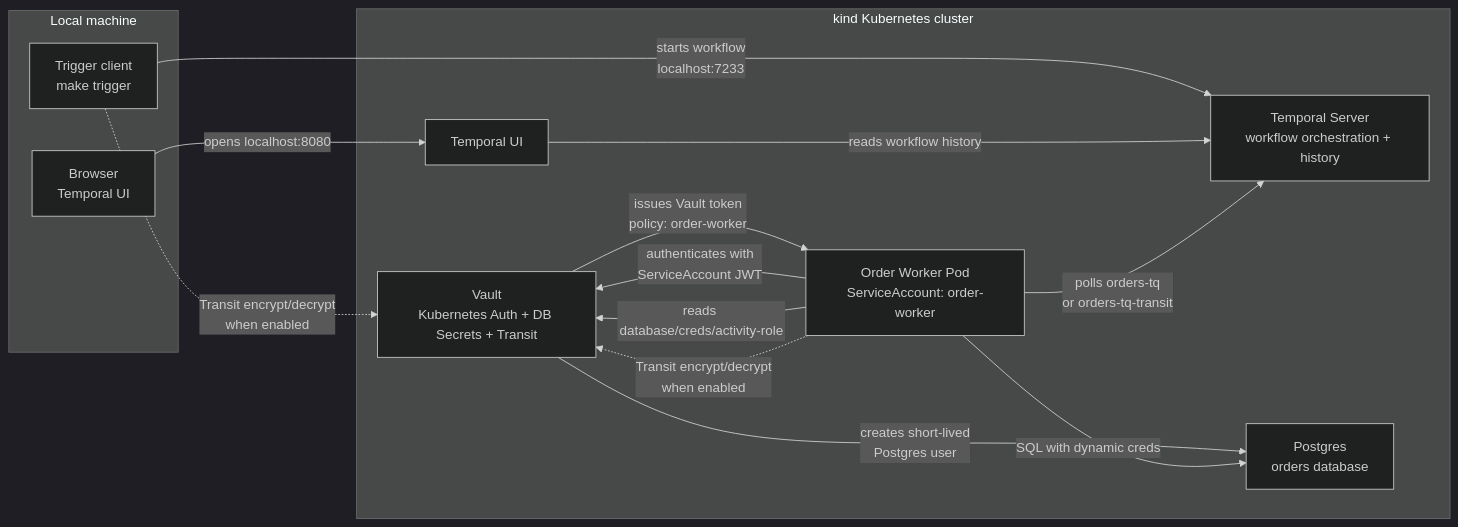
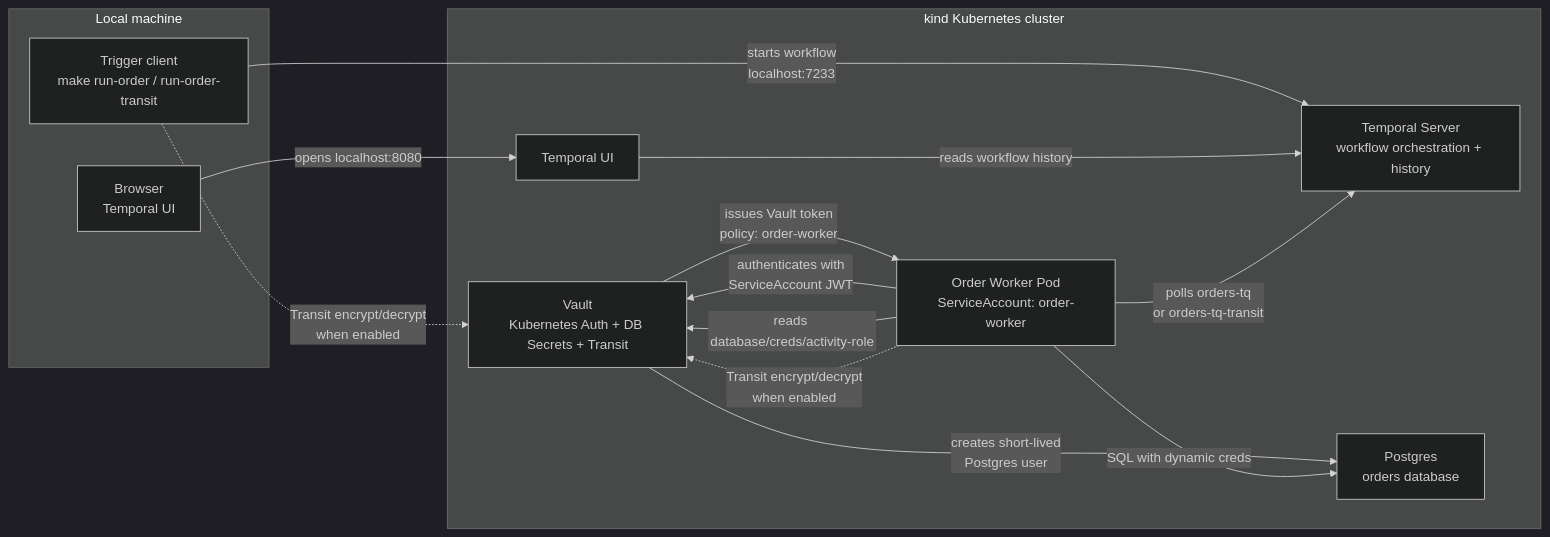
One commit to kaparora/temporal-vault-k8s-local-demo changed the first of 2 diagrams in README.md. Above: the diagram before and after it, drawn with Mermaid (dark theme). The commit also changed other lines of this file and 23 other files, not shown here.

Commit message:
Simplify narrated demo flow

````diff
--- a/README.md
+++ b/README.md
@@ -407,30 +393,30 @@
 ```mermaid
 flowchart LR
     subgraph local["Local machine"]
-        trigger["Trigger client\nmake trigger"]
+        trigger["Trigger client\nmake run-order / run-order-transit"]
         browser["Browser\nTemporal UI"]
     end
 
     subgraph k8s["kind Kubernetes cluster"]
         temporal["Temporal Server\nworkflow orchestration + history"]
         ui["Temporal UI"]
         worker["Order Worker Pod\nServiceAccount: order-worker"]
         vault["Vault\nKubernetes Auth + DB Secrets + Transit"]
         postgres["Postgres\norders database"]
     end
 
     trigger -->|"starts workflow\nlocalhost:7233"| temporal
     browser -->|"opens localhost:8080"| ui
     ui -->|"reads workflow history"| temporal
 
     worker -->|"polls orders-tq\nor orders-tq-transit"| temporal
 
     worker -->|"authenticates with\nServiceAccount JWT"| vault
     vault -->|"issues Vault token\npolicy: order-worker"| worker
     worker -->|"reads database/creds/activity-role"| vault
     vault -->|"creates short-lived\nPostgres user"| postgres
     worker -->|"SQL with dynamic creds"| postgres
 
     trigger -.->|"Transit encrypt/decrypt\nwhen enabled"| vault
     worker -.->|"Transit encrypt/decrypt\nwhen enabled"| vault
 ```
````
